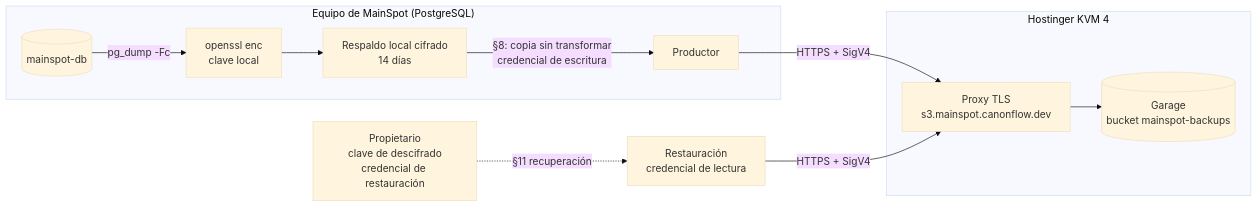
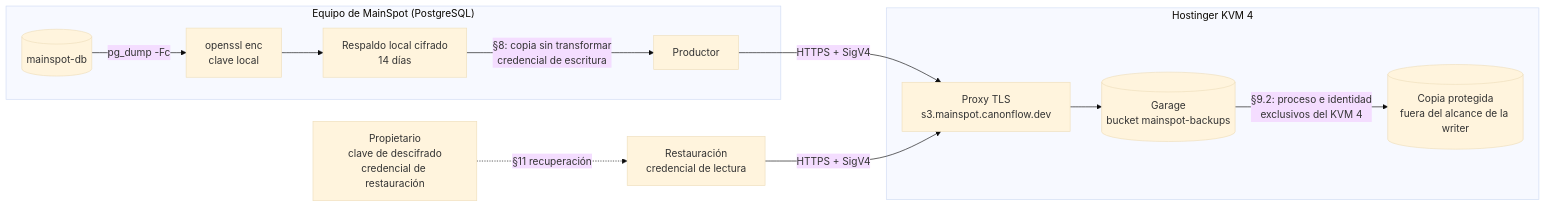
One commit to hachxaan/mainspot-platform changed the diagram in docs/contracts/backup-object-storage/v1/CONTRACT.md. Above: the diagram before and after it, drawn with Mermaid (base theme). The commit also changed other lines of this file and 5 other files, not shown here.

````diff
--- a/docs/contracts/backup-object-storage/v1/CONTRACT.md
+++ b/docs/contracts/backup-object-storage/v1/CONTRACT.md
@@ -94,14 +129,15 @@
 ```mermaid
 flowchart LR
   subgraph H["Equipo de MainSpot (PostgreSQL)"]
     PG[(mainspot-db)] -->|pg_dump -Fc| ENC[openssl enc<br/>clave local]
     ENC --> LOC[Respaldo local cifrado<br/>14 días]
     LOC -->|§8: copia sin transformar<br/>credencial de escritura| UP[Productor]
   end
   subgraph K["Hostinger KVM 4"]
     PX[Proxy TLS<br/>s3.mainspot.canonflow.dev] --> G[(Garage<br/>bucket mainspot-backups)]
+    G -->|§9.2: proceso e identidad<br/>exclusivos del KVM 4| CP[(Copia protegida<br/>fuera del alcance de la writer)]
   end
   UP -->|HTTPS + SigV4| PX
   O[Propietario<br/>clave de descifrado<br/>credencial de restauración] -.->|§11 recuperación| R[Restauración<br/>credencial de lectura]
   R -->|HTTPS + SigV4| PX
 ```
````
